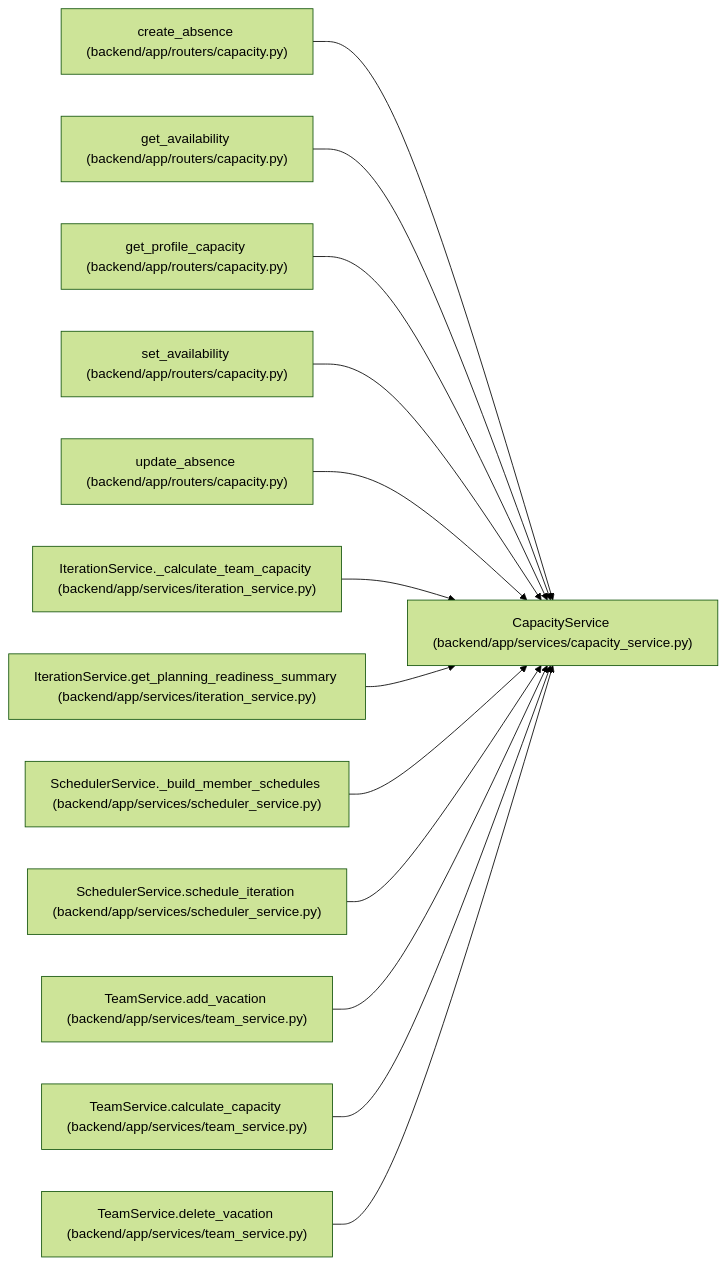
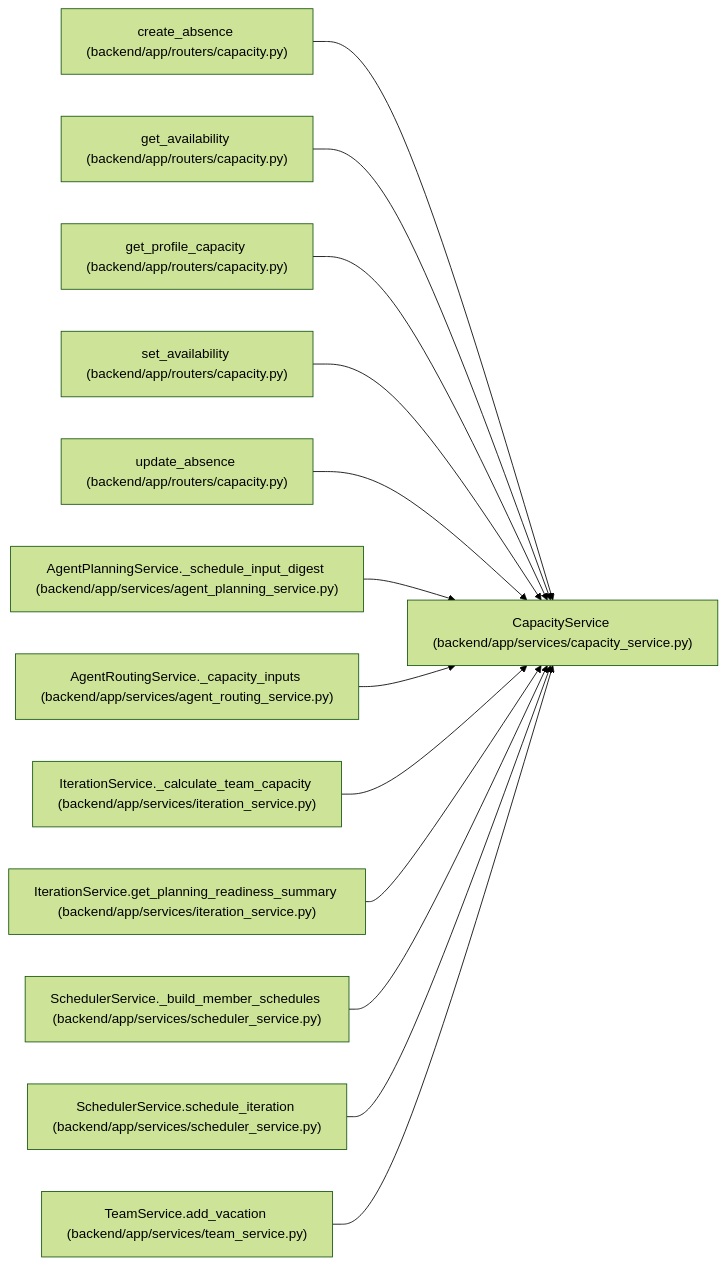
One commit to Denissvgn/WorkChord changed the diagram in docs/llm_wiki/entities/CapacityService.md. Above: the diagram before and after it, drawn with Mermaid (forest theme). The commit also changed other lines of this file and 920 other files, not shown here.

````diff
--- a/docs/llm_wiki/entities/CapacityService.md
+++ b/docs/llm_wiki/entities/CapacityService.md
@@ -36,41 +38,41 @@
 ```mermaid
 flowchart LR
     n0["CapacityService (backend/app/services/capacity_service.py)"]
     n1["create_absence (backend/app/routers/capacity.py)"]
     n2["get_availability (backend/app/routers/capacity.py)"]
     n3["get_profile_capacity (backend/app/routers/capacity.py)"]
     n4["set_availability (backend/app/routers/capacity.py)"]
     n5["update_absence (backend/app/routers/capacity.py)"]
-    n6["IterationService._calculate_team_capacity (backend/app/services/iteration_service.py)"]
-    n7["IterationService.get_planning_readiness_summary (backend/app/services/iteration_service.py)"]
-    n8["SchedulerService._build_member_schedules (backend/app/services/scheduler_service.py)"]
-    n9["SchedulerService.schedule_iteration (backend/app/services/scheduler_service.py)"]
-    n10["TeamService.add_vacation (backend/app/services/team_service.py)"]
-    n11["TeamService.calculate_capacity (backend/app/services/team_service.py)"]
-    n12["TeamService.delete_vacation (backend/app/services/team_service.py)"]
+    n6["AgentPlanningService._schedule_input_digest (backend/app/services/agent_planning_service.py)"]
+    n7["AgentRoutingService._capacity_inputs (backend/app/services/agent_routing_service.py)"]
+    n8["IterationService._calculate_team_capacity (backend/app/services/iteration_service.py)"]
+    n9["IterationService.get_planning_readiness_summary (backend/app/services/iteration_service.py)"]
+    n10["SchedulerService._build_member_schedules (backend/app/services/scheduler_service.py)"]
+    n11["SchedulerService.schedule_iteration (backend/app/services/scheduler_service.py)"]
+    n12["TeamService.add_vacation (backend/app/services/team_service.py)"]
     n1 --> n0
     n2 --> n0
     n3 --> n0
     n4 --> n0
     n5 --> n0
     n6 --> n0
     n7 --> n0
     n8 --> n0
     n9 --> n0
     n10 --> n0
     n11 --> n0
     n12 --> n0
     click n0 "../modules/capacity_service.md"
     click n1 "../modules/routers_capacity.md"
     click n2 "../modules/routers_capacity.md"
     click n3 "../modules/routers_capacity.md"
     click n4 "../modules/routers_capacity.md"
     click n5 "../modules/routers_capacity.md"
-    click n6 "../modules/iteration_service.md"
-    click n7 "../modules/iteration_service.md"
-    click n8 "../modules/scheduler_service.md"
-    click n9 "../modules/scheduler_service.md"
-    click n10 "../modules/team_service.md"
-    click n11 "../modules/team_service.md"
+    click n6 "../modules/agent_planning_service.md"
+    click n7 "../modules/agent_routing_service.md"
+    click n8 "../modules/iteration_service.md"
+    click n9 "../modules/iteration_service.md"
+    click n10 "../modules/scheduler_service.md"
+    click n11 "../modules/scheduler_service.md"
     click n12 "../modules/team_service.md"
 ```
````
